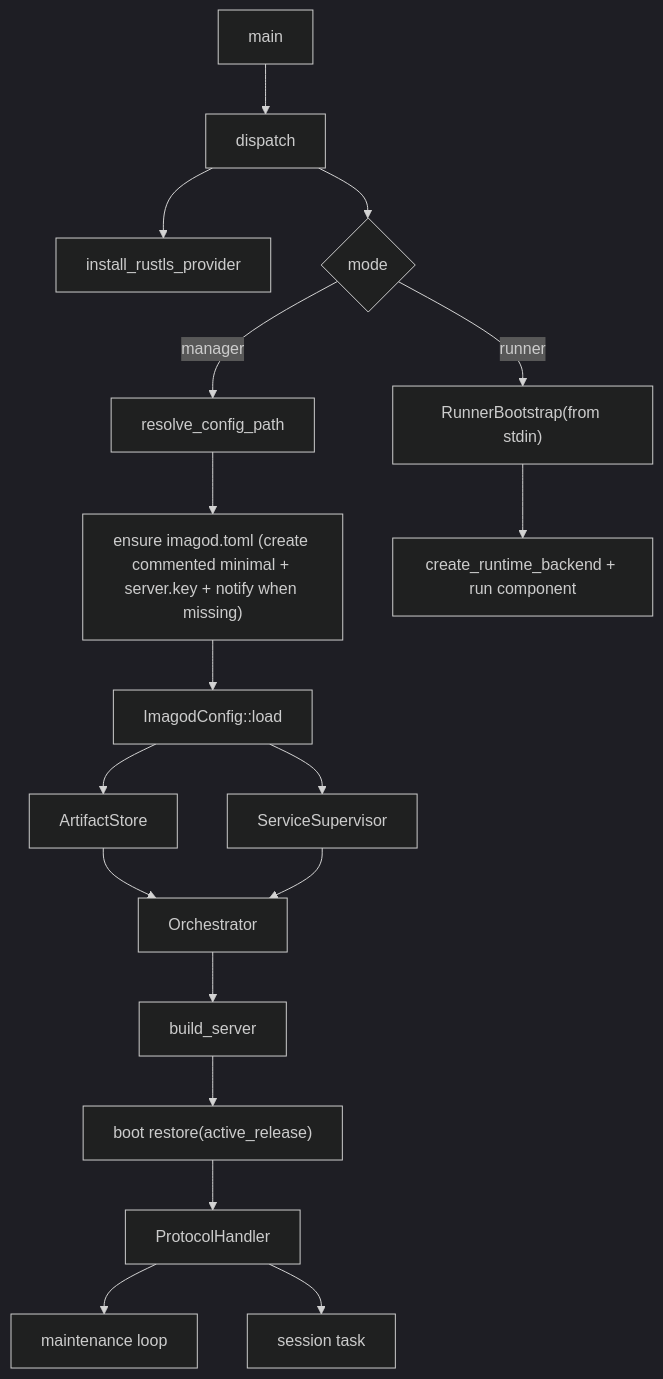
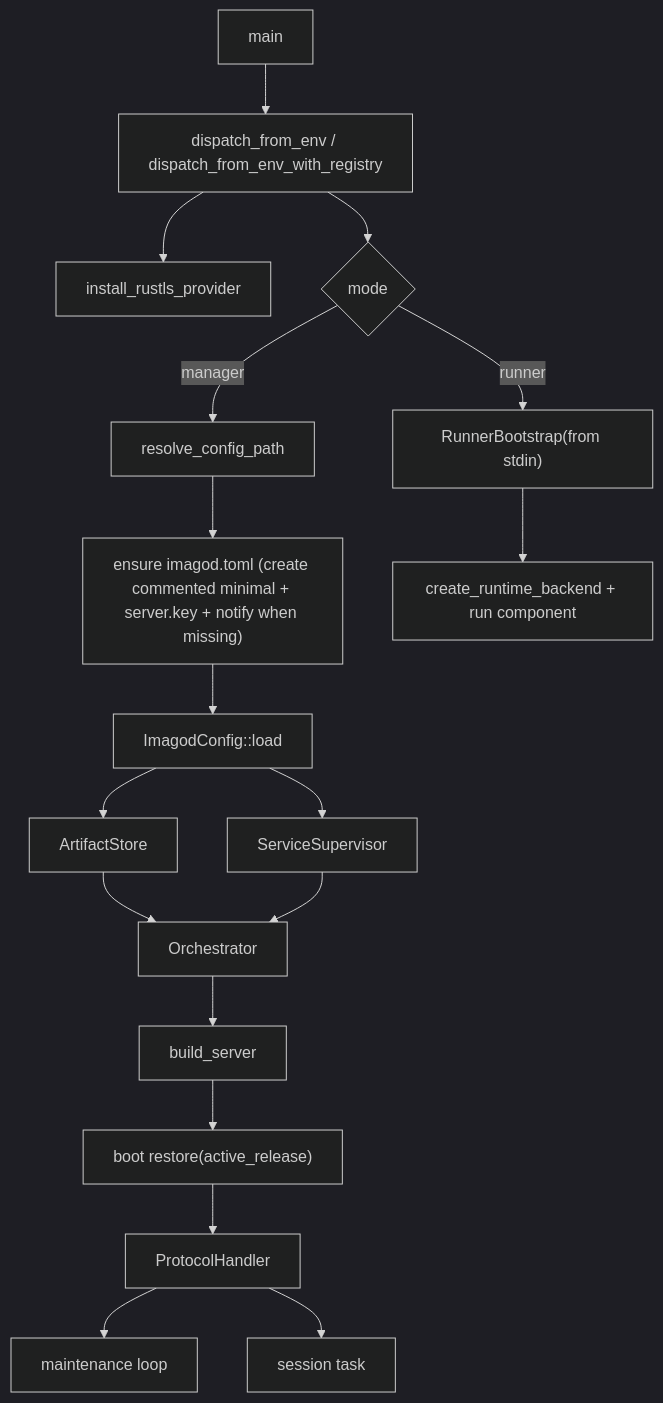
Before and after one commit to yieldspace/imago: the first of 4 diagrams in docs/spec/imagod-internals.md, drawn with Mermaid (dark theme). The commit also changed other lines of this file and 6 other files, not shown here.

````diff
--- a/docs/spec/imagod-internals.md
+++ b/docs/spec/imagod-internals.md
@@ -50,20 +52,20 @@
 ```mermaid
 flowchart TD
-  A["main"] --> B["dispatch"]
+  A["main"] --> B["dispatch_from_env / dispatch_from_env_with_registry"]
   B --> C["install_rustls_provider"]
   B --> D{"mode"}
   D -->|manager| E["resolve_config_path"]
   E --> F["ensure imagod.toml (create commented minimal + server.key + notify when missing)"]
   F --> G["ImagodConfig::load"]
   G --> H["ArtifactStore"]
   G --> I["ServiceSupervisor"]
   H --> J["Orchestrator"]
   I --> J
   J --> K["build_server"]
   K --> L["boot restore(active_release)"]
   L --> M["ProtocolHandler"]
   M --> N["maintenance loop"]
   M --> O["session task"]
   D -->|runner| P["RunnerBootstrap(from stdin)"]
   P --> Q["create_runtime_backend + run component"]
 ```
````
